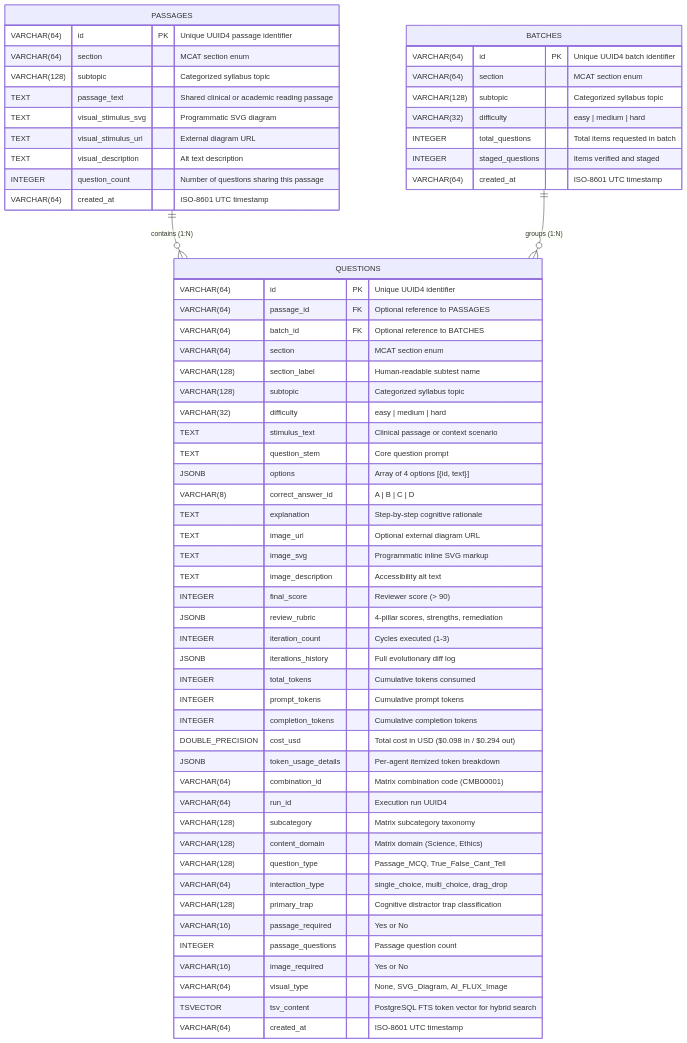
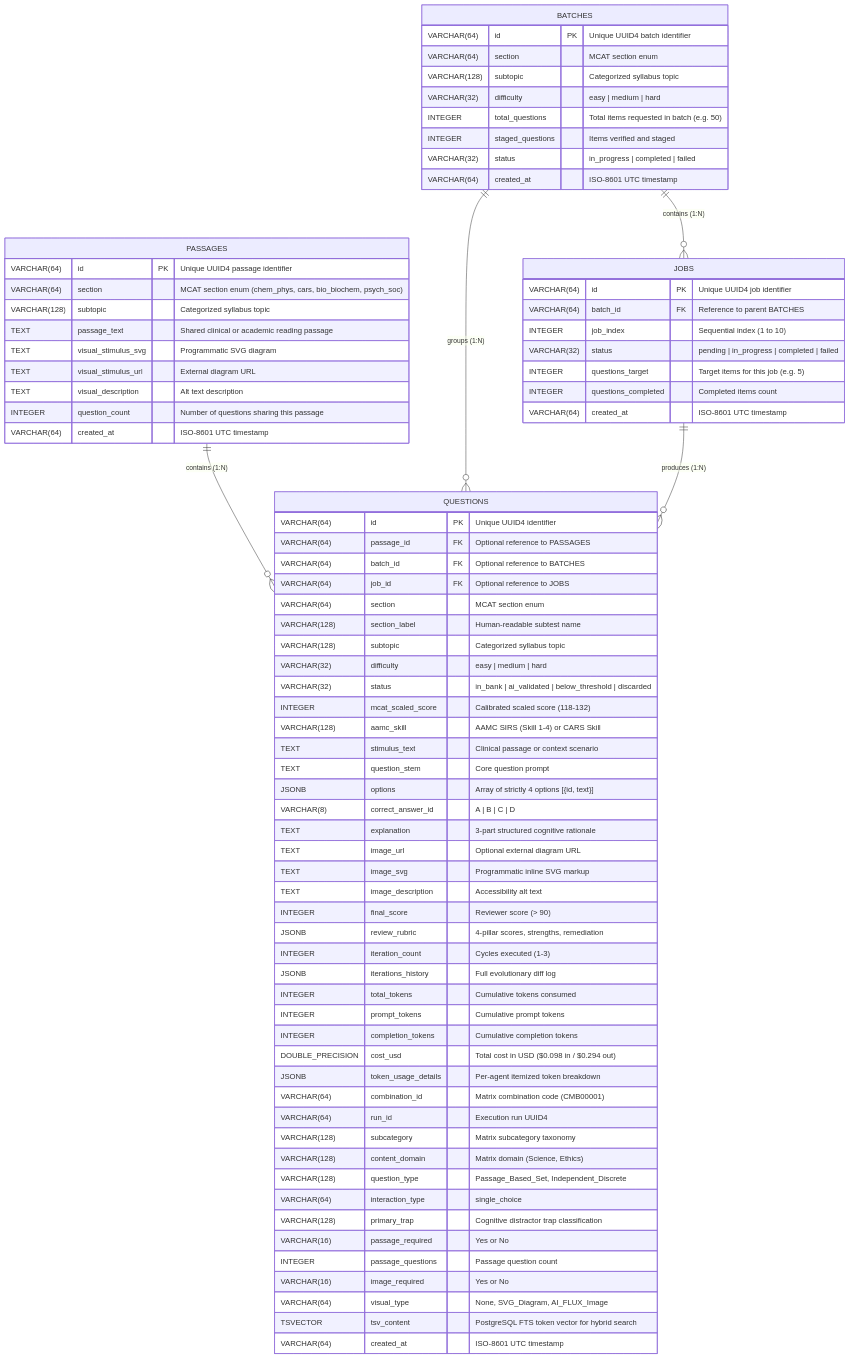
Before and after one commit to VishwamPatel-Infynno/MCAT-Question-Bank-Generator: the fifth of 6 diagrams in docs/ARCHITECTURE.md, drawn with Mermaid. The commit also changed other lines of this file and 12 other files, not shown here.

````diff
--- a/docs/ARCHITECTURE.md
+++ b/docs/ARCHITECTURE.md
@@ -247,11 +259,13 @@
 ```mermaid
 erDiagram
     PASSAGES ||--o{ QUESTIONS : "contains (1:N)"
+    BATCHES ||--o{ JOBS : "contains (1:N)"
     BATCHES ||--o{ QUESTIONS : "groups (1:N)"
+    JOBS ||--o{ QUESTIONS : "produces (1:N)"
 
     PASSAGES {
         VARCHAR(64) id PK "Unique UUID4 passage identifier"
-        VARCHAR(64) section "MCAT section enum"
+        VARCHAR(64) section "MCAT section enum (chem_phys, cars, bio_biochem, psych_soc)"
         VARCHAR(128) subtopic "Categorized syllabus topic"
         TEXT passage_text "Shared clinical or academic reading passage"
         TEXT visual_stimulus_svg "Programmatic SVG diagram"
@@ -266,8 +280,19 @@
         VARCHAR(64) section "MCAT section enum"
         VARCHAR(128) subtopic "Categorized syllabus topic"
         VARCHAR(32) difficulty "easy | medium | hard"
-        INTEGER total_questions "Total items requested in batch"
+        INTEGER total_questions "Total items requested in batch (e.g. 50)"
         INTEGER staged_questions "Items verified and staged"
+        VARCHAR(32) status "in_progress | completed | failed"
+        VARCHAR(64) created_at "ISO-8601 UTC timestamp"
+    }
+
+    JOBS {
+        VARCHAR(64) id PK "Unique UUID4 job identifier"
+        VARCHAR(64) batch_id FK "Reference to parent BATCHES"
+        INTEGER job_index "Sequential index (1 to 10)"
+        VARCHAR(32) status "pending | in_progress | completed | failed"
+        INTEGER questions_target "Target items for this job (e.g. 5)"
+        INTEGER questions_completed "Completed items count"
         VARCHAR(64) created_at "ISO-8601 UTC timestamp"
     }
 
@@ -275,15 +300,19 @@
         VARCHAR(64) id PK "Unique UUID4 identifier"
         VARCHAR(64) passage_id FK "Optional reference to PASSAGES"
         VARCHAR(64) batch_id FK "Optional reference to BATCHES"
+        VARCHAR(64) job_id FK "Optional reference to JOBS"
         VARCHAR(64) section "MCAT section enum"
         VARCHAR(128) section_label "Human-readable subtest name"
         VARCHAR(128) subtopic "Categorized syllabus topic"
         VARCHAR(32) difficulty "easy | medium | hard"
+        VARCHAR(32) status "in_bank | ai_validated | below_threshold | discarded"
+        INTEGER mcat_scaled_score "Calibrated scaled score (118-132)"
+        VARCHAR(128) aamc_skill "AAMC SIRS (Skill 1-4) or CARS Skill"
         TEXT stimulus_text "Clinical passage or context scenario"
         TEXT question_stem "Core question prompt"
-        JSONB options "Array of 4 options [{id, text}]"
+        JSONB options "Array of strictly 4 options [{id, text}]"
         VARCHAR(8) correct_answer_id "A | B | C | D"
-        TEXT explanation "Step-by-step cognitive rationale"
+        TEXT explanation "3-part structured cognitive rationale"
         TEXT image_url "Optional external diagram URL"
         TEXT image_svg "Programmatic inline SVG markup"
         TEXT image_description "Accessibility alt text"
@@ -300,8 +329,8 @@
         VARCHAR(64) run_id "Execution run UUID4"
         VARCHAR(128) subcategory "Matrix subcategory taxonomy"
         VARCHAR(128) content_domain "Matrix domain (Science, Ethics)"
-        VARCHAR(128) question_type "Passage_MCQ, True_False_Cant_Tell"
-        VARCHAR(64) interaction_type "single_choice, multi_choice, drag_drop"
+        VARCHAR(128) question_type "Passage_Based_Set, Independent_Discrete"
+        VARCHAR(64) interaction_type "single_choice"
         VARCHAR(128) primary_trap "Cognitive distractor trap classification"
         VARCHAR(16) passage_required "Yes or No"
         INTEGER passage_questions "Passage question count"
````
